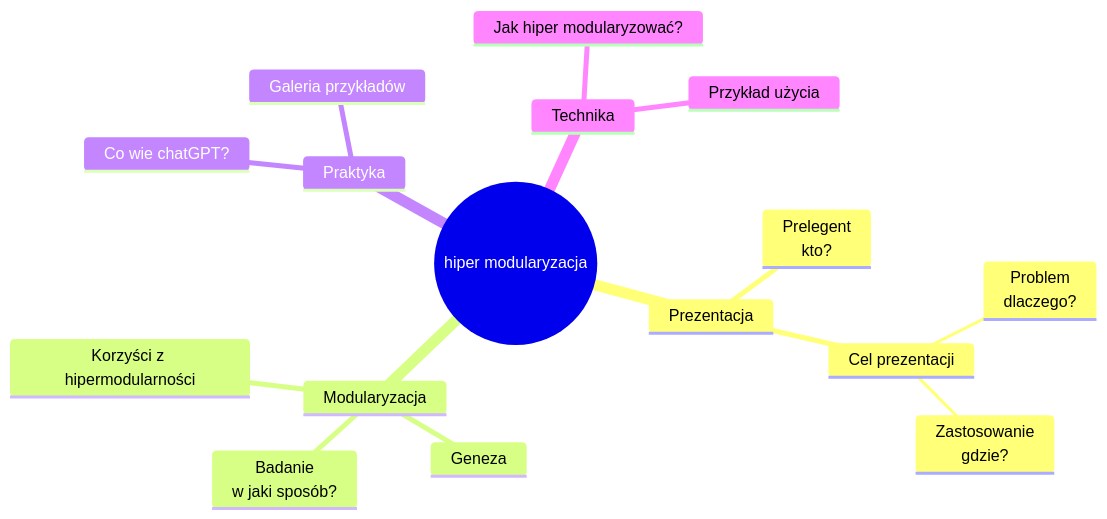
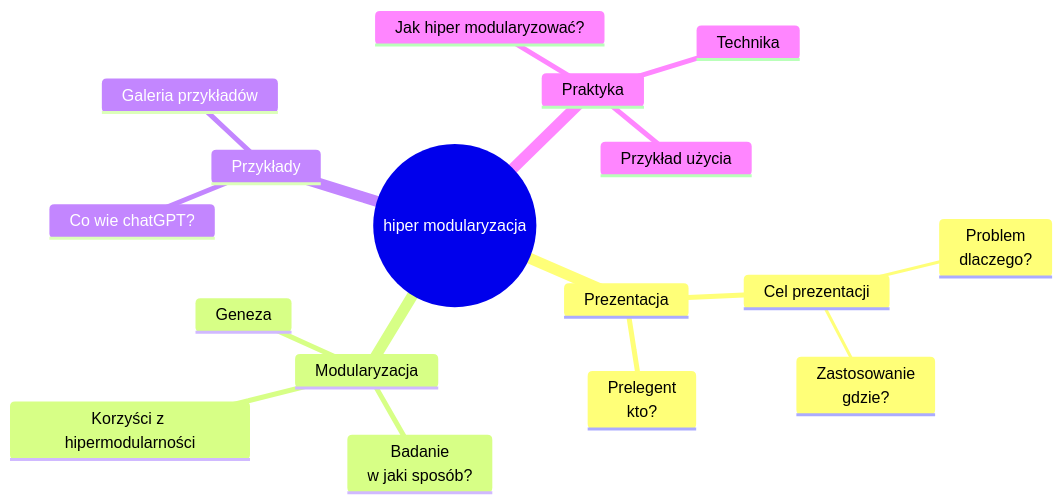
The first of 2 diagrams in README.md (hipermodularyzacja/prezentacja), drawn with Mermaid before and after one commit. The commit also changed other lines of this file, not shown here.

````diff
--- a/README.md
+++ b/README.md
@@ -46,23 +48,24 @@
 ```mermaid
 mindmap
   root((hiper modularyzacja))
     Prezentacja
       Prelegent<br>kto?      
       Cel prezentacji
         Problem<br>dlaczego?
         Zastosowanie<br>gdzie?      
         
     Modularyzacja
       Geneza      
       Badanie<br>w jaki sposób?      
       Korzyści z hipermodularności
       
-    Praktyka
+    Przykłady
       Co wie chatGPT?
       Galeria przykładów                
       
-    Technika
+    Praktyka
+      Technika
       Jak hiper modularyzować?
-      Przykład użycia               
+      Przykład użycia                
     
 ```
````
